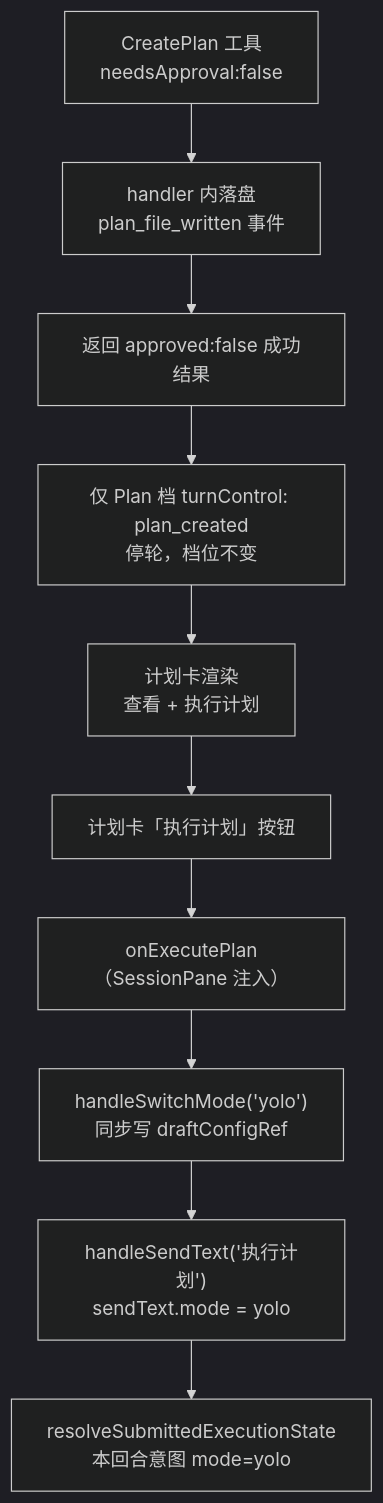
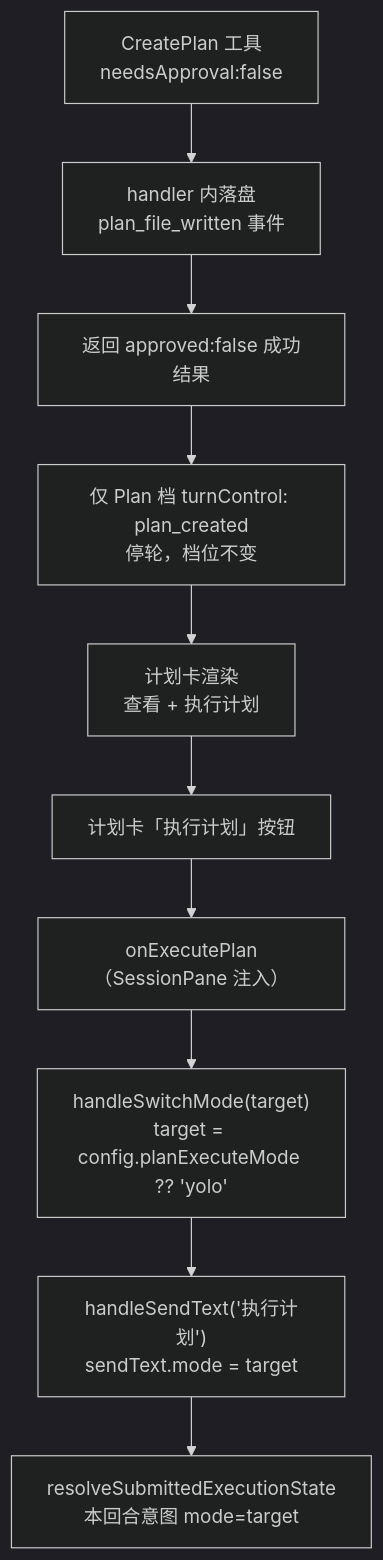
One commit to CasingAI/YCode changed the diagram in docs/specs/plan-card-execute.md. Above: the diagram before and after it, drawn with Mermaid (dark theme). The commit also changed other lines of this file and 26 other files, not shown here.

````diff
--- a/docs/specs/plan-card-execute.md
+++ b/docs/specs/plan-card-execute.md
@@ -78,12 +84,12 @@
 ```mermaid
 flowchart TD
   A["CreatePlan 工具<br/>needsApproval:false"] --> B["handler 内落盘<br/>plan_file_written 事件"]
   B --> C["返回 approved:false 成功结果"]
   C --> D["仅 Plan 档 turnControl: plan_created<br/>停轮，档位不变"]
   D --> E["计划卡渲染<br/>查看 + 执行计划"]
   E --> L["计划卡「执行计划」按钮"]
   L --> M["onExecutePlan（SessionPane 注入）"]
-  M --> N["handleSwitchMode('yolo')<br/>同步写 draftConfigRef"]
-  N --> O["handleSendText('执行计划')<br/>sendText.mode = yolo"]
-  O --> P["resolveSubmittedExecutionState<br/>本回合意图 mode=yolo"]
+  M --> N["handleSwitchMode(target)<br/>target = config.planExecuteMode ?? 'yolo'"]
+  N --> O["handleSendText('执行计划')<br/>sendText.mode = target"]
+  O --> P["resolveSubmittedExecutionState<br/>本回合意图 mode=target"]
 ```
````
